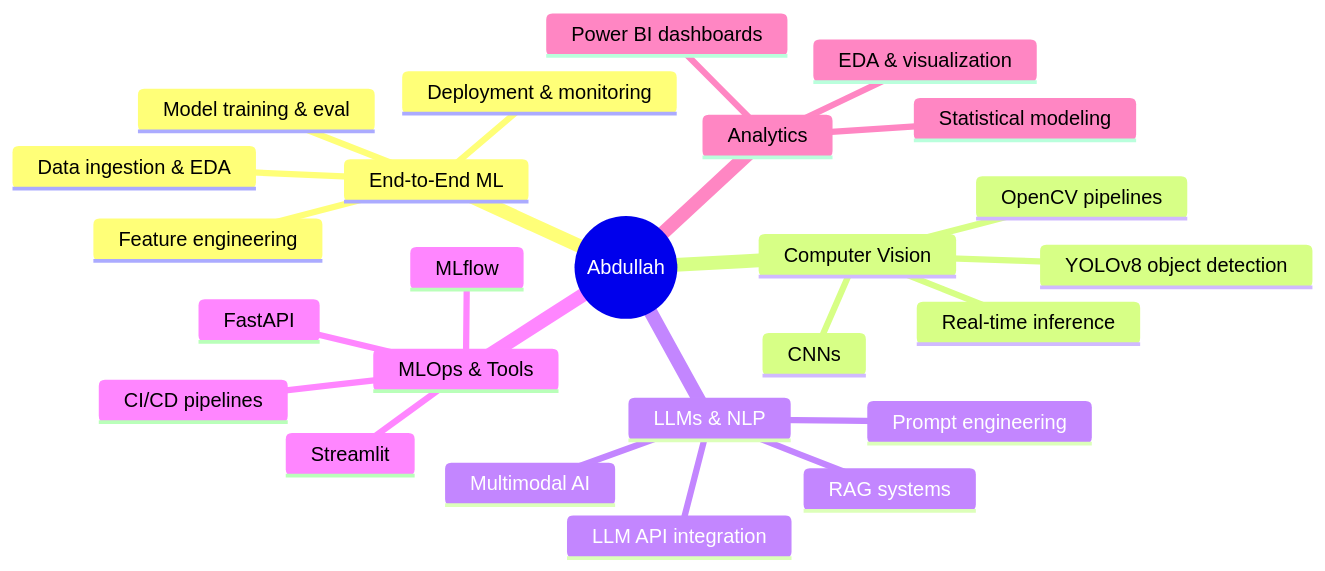
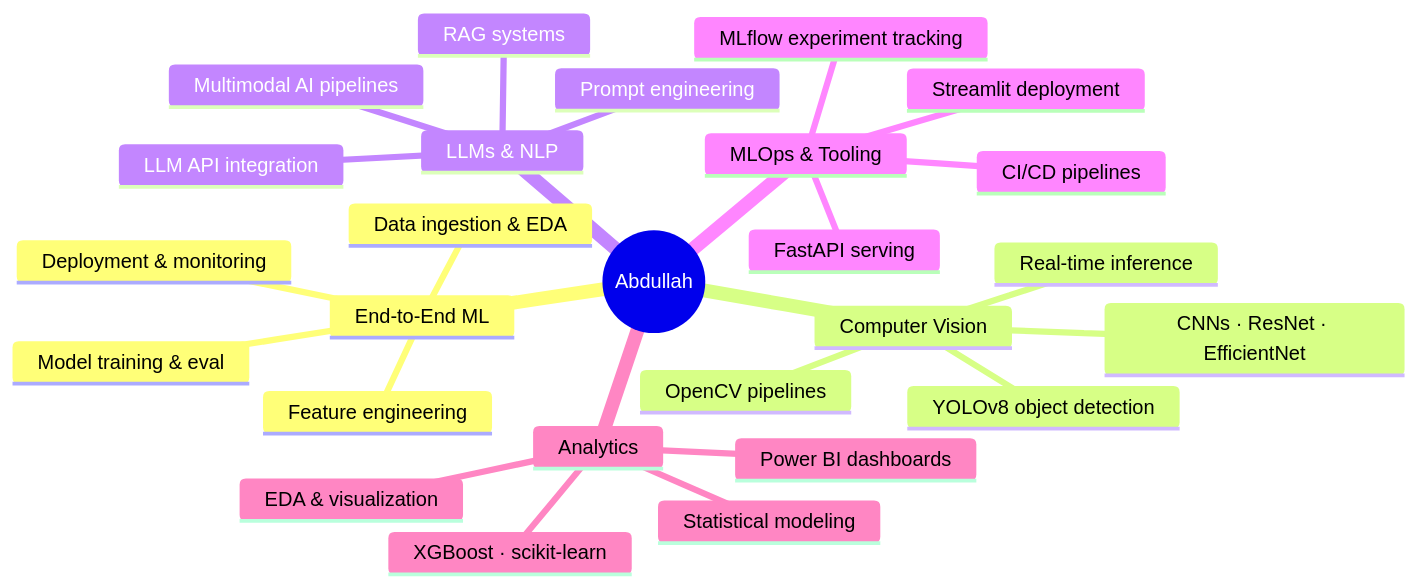
One commit to MirAb-77/MirAb-77 changed the third of 3 diagrams in README.md. Above: the diagram before and after it, drawn with Mermaid. The commit also changed other lines of this file, not shown here.

````diff
--- a/README.md
+++ b/README.md
@@ -52,28 +112,29 @@
 ```mermaid
 mindmap
   root((Abdullah))
     End-to-End ML
       Data ingestion & EDA
       Feature engineering
       Model training & eval
       Deployment & monitoring
     Computer Vision
-      CNNs
+      CNNs · ResNet · EfficientNet
       YOLOv8 object detection
       OpenCV pipelines
       Real-time inference
     LLMs & NLP
       RAG systems
       Prompt engineering
       LLM API integration
-      Multimodal AI
-    MLOps & Tools
-      MLflow
-      FastAPI
-      Streamlit
+      Multimodal AI pipelines
+    MLOps & Tooling
+      MLflow experiment tracking
+      FastAPI serving
+      Streamlit deployment
       CI/CD pipelines
     Analytics
       Power BI dashboards
       Statistical modeling
       EDA & visualization
+      XGBoost · scikit-learn
 ```
````
